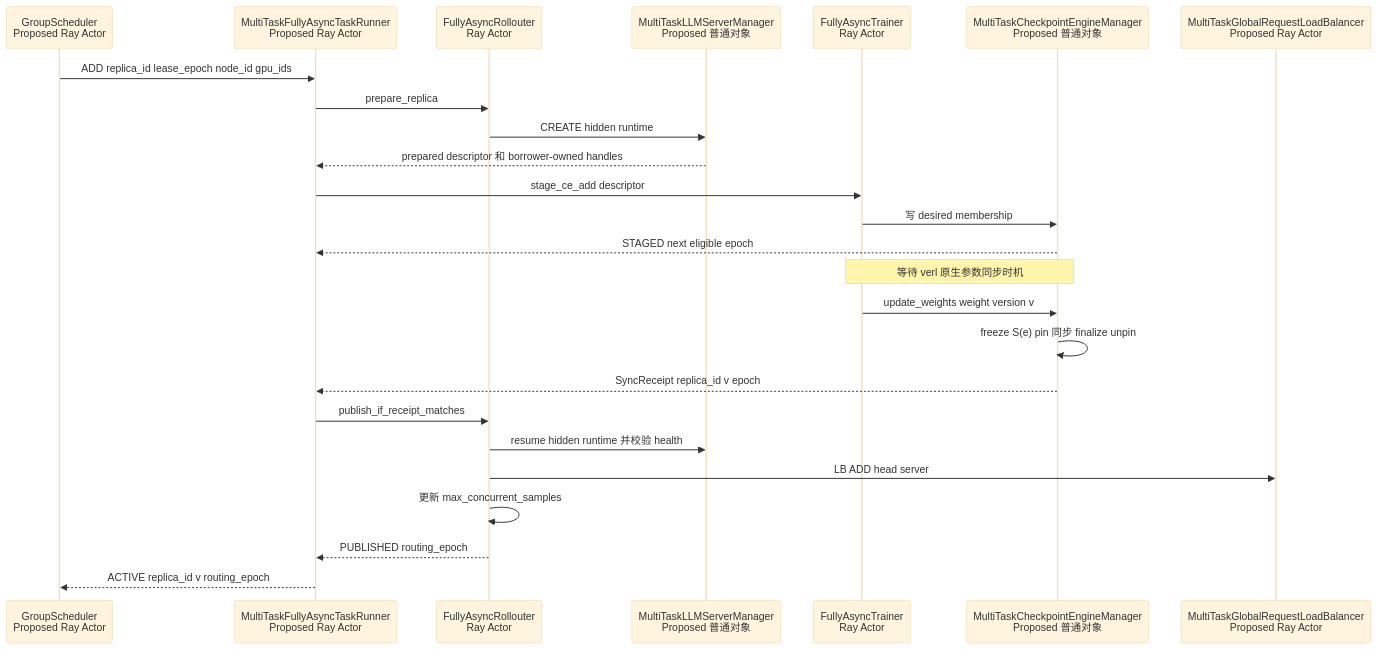
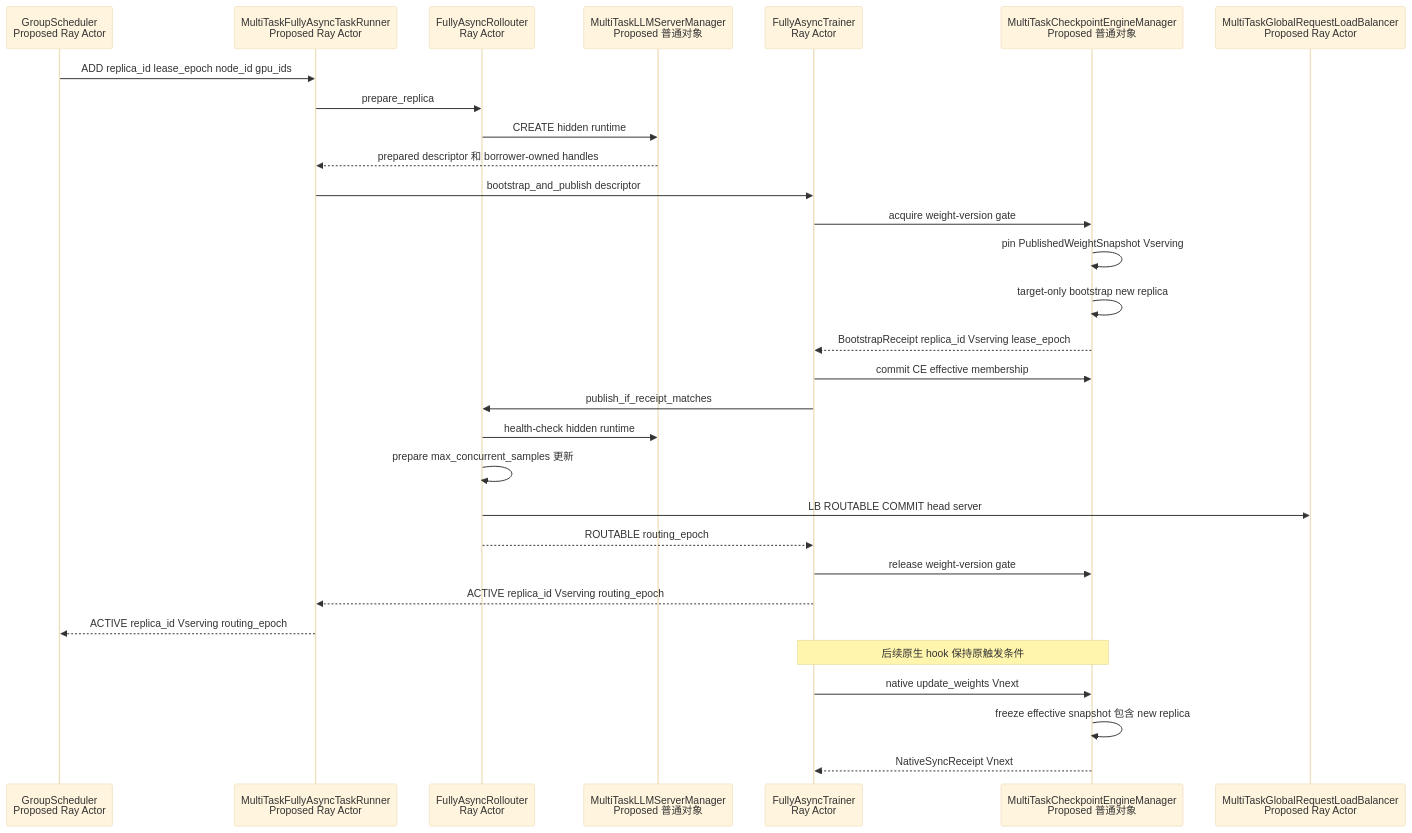
Before and after one commit to niuypei/multi_task_verl: the fourth of 8 diagrams in multi_task_scheduler/references/17-verl-v0.9-dynamic-replica-scaling-timing-and-mutual-exclusion.md, drawn with Mermaid (base theme). The commit also changed other lines of this file and 2 other files, not shown here.

Commit message:
docs: separate replica bootstrap from native sync

````diff
--- a/multi_task_scheduler/references/17-verl-v0.9-dynamic-replica-scaling-timing-and-mutual-exclusion.md
+++ b/multi_task_scheduler/references/17-verl-v0.9-dynamic-replica-scaling-timing-and-mutual-exclusion.md
@@ -323,28 +385,33 @@
 ```mermaid
 sequenceDiagram
     participant GS as GroupScheduler<br/>Proposed Ray Actor
     participant TR as MultiTaskFullyAsyncTaskRunner<br/>Proposed Ray Actor
     participant FAR as FullyAsyncRollouter<br/>Ray Actor
     participant M as MultiTaskLLMServerManager<br/>Proposed 普通对象
     participant FAT as FullyAsyncTrainer<br/>Ray Actor
     participant C as MultiTaskCheckpointEngineManager<br/>Proposed 普通对象
     participant L as MultiTaskGlobalRequestLoadBalancer<br/>Proposed Ray Actor
 
     GS->>TR: ADD replica_id lease_epoch node_id gpu_ids
     TR->>FAR: prepare_replica
     FAR->>M: CREATE hidden runtime
     M-->>TR: prepared descriptor 和 borrower-owned handles
-    TR->>FAT: stage_ce_add descriptor
-    FAT->>C: 写 desired membership
-    C-->>TR: STAGED next eligible epoch
-    Note over FAT,C: 等待 verl 原生参数同步时机
-    FAT->>C: update_weights weight version v
-    C->>C: freeze S(e) pin 同步 finalize unpin
-    C-->>TR: SyncReceipt replica_id v epoch
-    TR->>FAR: publish_if_receipt_matches
-    FAR->>M: resume hidden runtime 并校验 health
-    FAR->>L: LB ADD head server
-    FAR->>FAR: 更新 max_concurrent_samples
-    FAR-->>TR: PUBLISHED routing_epoch
-    TR-->>GS: ACTIVE replica_id v routing_epoch
+    TR->>FAT: bootstrap_and_publish descriptor
+    FAT->>C: acquire weight-version gate
+    C->>C: pin PublishedWeightSnapshot Vserving
+    C->>C: target-only bootstrap new replica
+    C-->>FAT: BootstrapReceipt replica_id Vserving lease_epoch
+    FAT->>C: commit CE effective membership
+    FAT->>FAR: publish_if_receipt_matches
+    FAR->>M: health-check hidden runtime
+    FAR->>FAR: prepare max_concurrent_samples 更新
+    FAR->>L: LB ROUTABLE COMMIT head server
+    FAR-->>FAT: ROUTABLE routing_epoch
+    FAT->>C: release weight-version gate
+    FAT-->>TR: ACTIVE replica_id Vserving routing_epoch
+    TR-->>GS: ACTIVE replica_id Vserving routing_epoch
+    Note over FAT,C: 后续原生 hook 保持原触发条件
+    FAT->>C: native update_weights Vnext
+    C->>C: freeze effective snapshot 包含 new replica
+    C-->>FAT: NativeSyncReceipt Vnext
 ```
````
